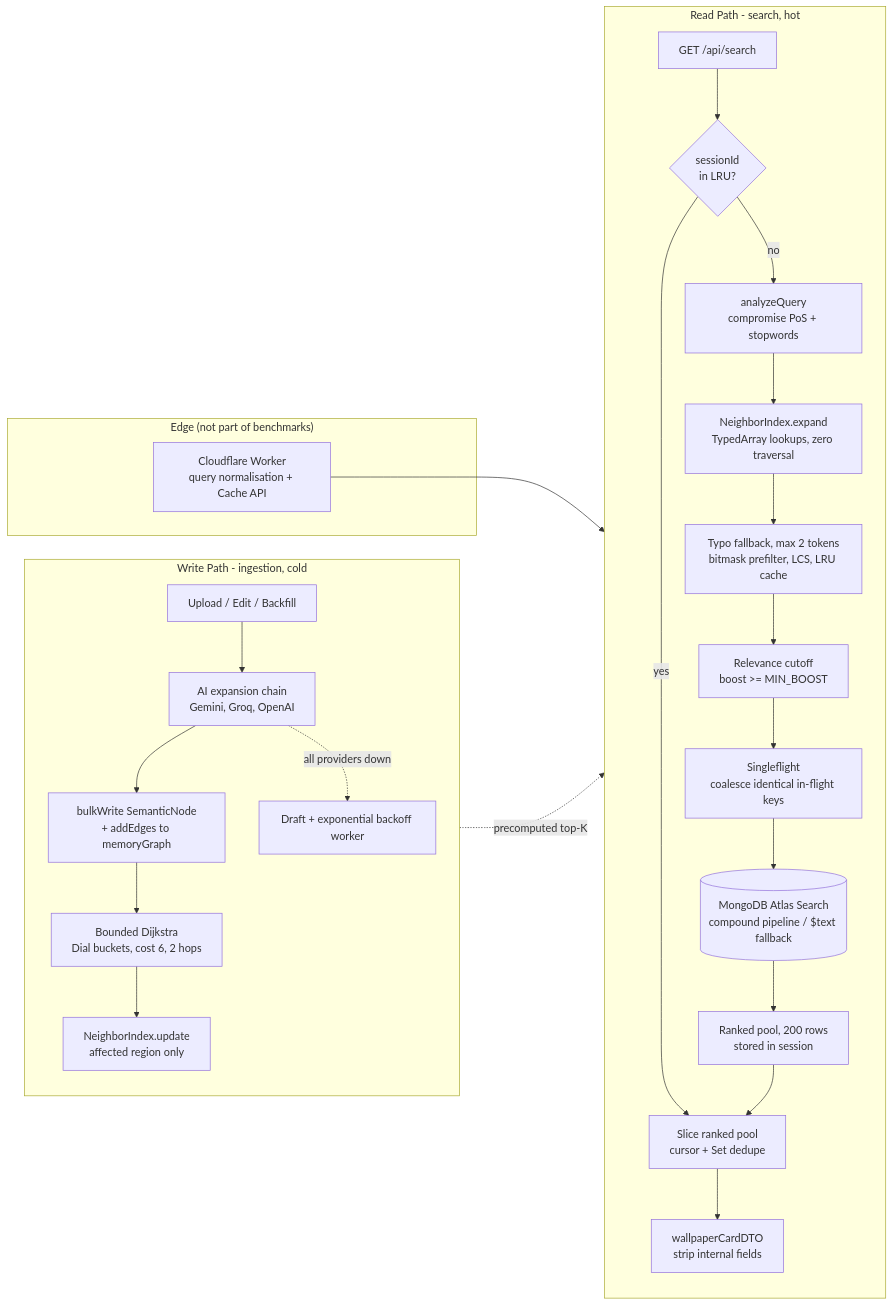
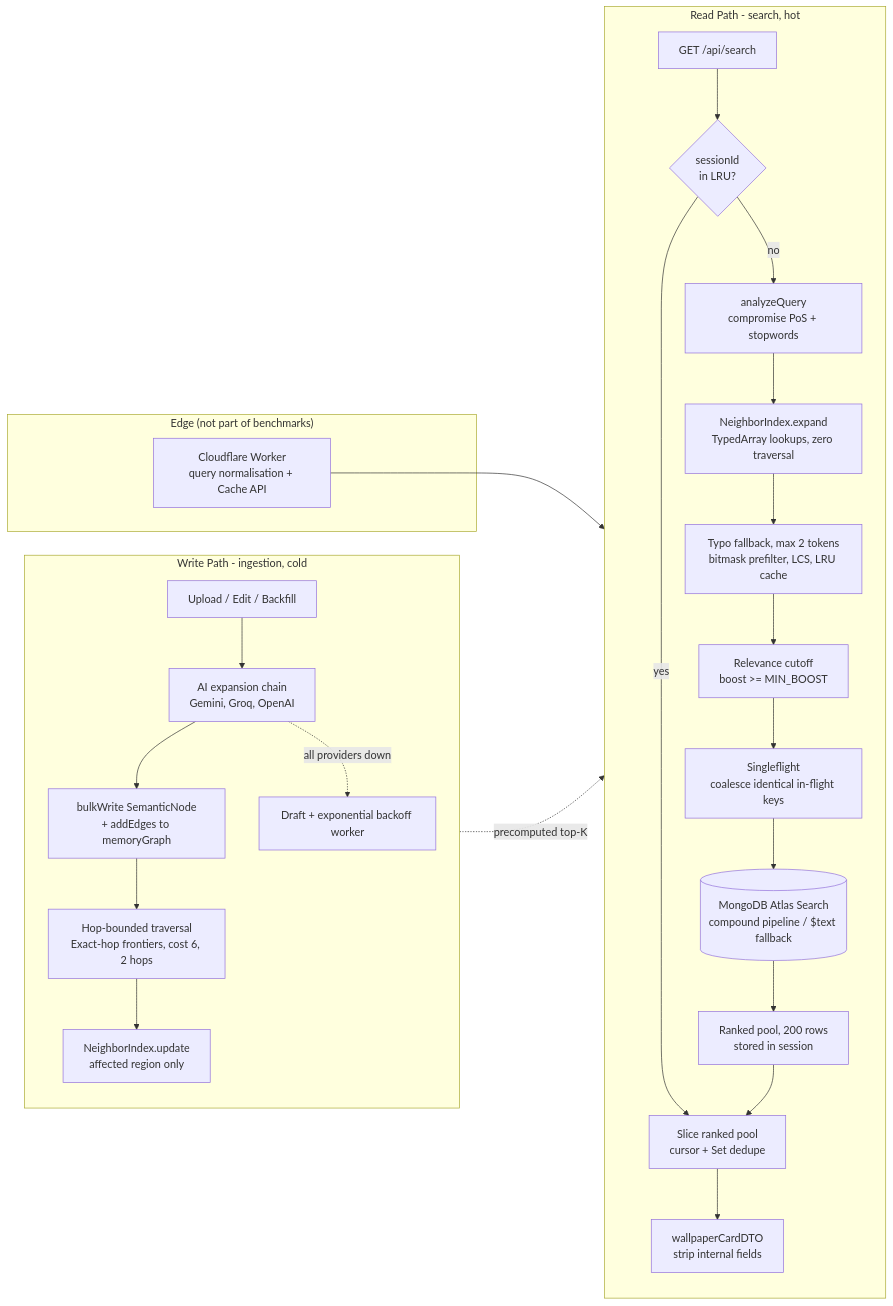
Before and after one commit to kanaboina/EclipseSearch: the diagram in README.md, drawn with Mermaid. The commit also changed other lines of this file and 23 other files, not shown here.

First line of the commit message:
fix: repair search pagination, graph traversal and retry behavior

````diff
--- a/README.md
+++ b/README.md
@@ -38,33 +38,33 @@
 ```mermaid
 flowchart LR
     subgraph EDGE["Edge (not part of benchmarks)"]
         CF["Cloudflare Worker<br/>query normalisation + Cache API"]
     end
 
     subgraph READ["Read Path - search, hot"]
         direction TB
         API["GET /api/search"] --> SESS{"sessionId<br/>in LRU?"}
         SESS -->|yes| SLICE["Slice ranked pool<br/>cursor + Set dedupe"]
         SESS -->|no| NLP["analyzeQuery<br/>compromise PoS + stopwords"]
         NLP --> EXP["NeighborIndex.expand<br/>TypedArray lookups, zero traversal"]
         EXP --> TYPO["Typo fallback, max 2 tokens<br/>bitmask prefilter, LCS, LRU cache"]
         TYPO --> CUT["Relevance cutoff<br/>boost >= MIN_BOOST"]
         CUT --> SF["Singleflight<br/>coalesce identical in-flight keys"]
         SF --> DB[("MongoDB Atlas Search<br/>compound pipeline / $text fallback")]
         DB --> POOL["Ranked pool, 200 rows<br/>stored in session"]
         POOL --> SLICE
         SLICE --> DTO["wallpaperCardDTO<br/>strip internal fields"]
     end
 
     subgraph WRITE["Write Path - ingestion, cold"]
         direction TB
         UP["Upload / Edit / Backfill"] --> AI["AI expansion chain<br/>Gemini, Groq, OpenAI"]
         AI --> PERSIST["bulkWrite SemanticNode<br/>+ addEdges to memoryGraph"]
-        PERSIST --> DIJ["Bounded Dijkstra<br/>Dial buckets, cost 6, 2 hops"]
+        PERSIST --> DIJ["Hop-bounded traversal<br/>Exact-hop frontiers, cost 6, 2 hops"]
         DIJ --> IDX["NeighborIndex.update<br/>affected region only"]
         AI -.->|all providers down| DRAFT["Draft + exponential backoff worker"]
     end
 
     CF --> API
     IDX -.->|precomputed top-K| EXP
 ```
````
